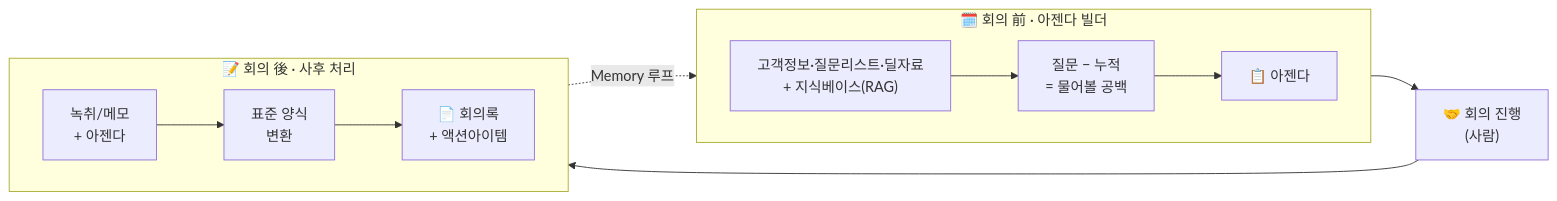
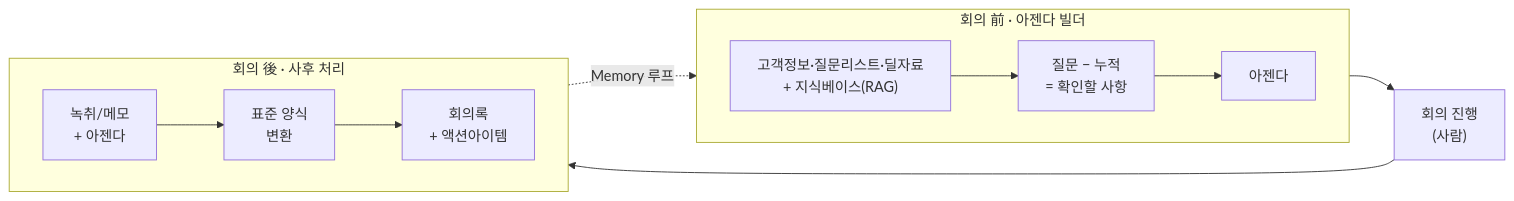
Before and after one commit to cloud-club/10th-agent: the first of 3 diagrams in jilee/week-02/README.md, drawn with Mermaid. The commit also changed other lines of this file, not shown here.

````diff
--- a/jilee/week-02/README.md
+++ b/jilee/week-02/README.md
@@ -128,14 +124,14 @@
 ```mermaid
 flowchart LR
-    subgraph BEFORE["🗓️ 회의 前 · 아젠다 빌더"]
+    subgraph BEFORE["회의 前 · 아젠다 빌더"]
         direction LR
-        A1["고객정보·질문리스트·딜자료<br/>+ 지식베이스(RAG)"] --> A2["질문 − 누적<br/>= 물어볼 공백"] --> A3["📋 아젠다"]
+        A1["고객정보·질문리스트·딜자료<br/>+ 지식베이스(RAG)"] --> A2["질문 − 누적<br/>= 확인할 사항"] --> A3["아젠다"]
     end
-    A3 --> H["🤝 회의 진행<br/>(사람)"]
+    A3 --> H["회의 진행<br/>(사람)"]
     H --> B1
-    subgraph AFTER["📝 회의 後 · 사후 처리"]
+    subgraph AFTER["회의 後 · 사후 처리"]
         direction LR
-        B1["녹취/메모<br/>+ 아젠다"] --> B2["표준 양식<br/>변환"] --> B3["📄 회의록<br/>+ 액션아이템"]
+        B1["녹취/메모<br/>+ 아젠다"] --> B2["표준 양식<br/>변환"] --> B3["회의록<br/>+ 액션아이템"]
     end
     B3 -. "Memory 루프" .-> A1
 ```
````
